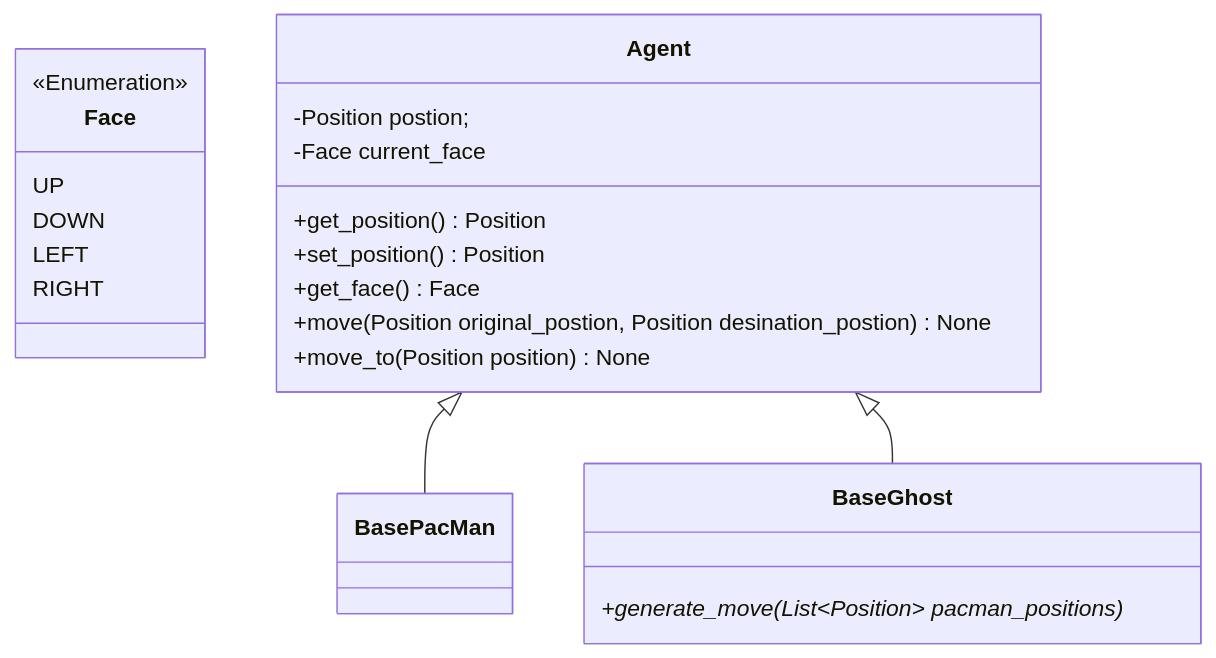
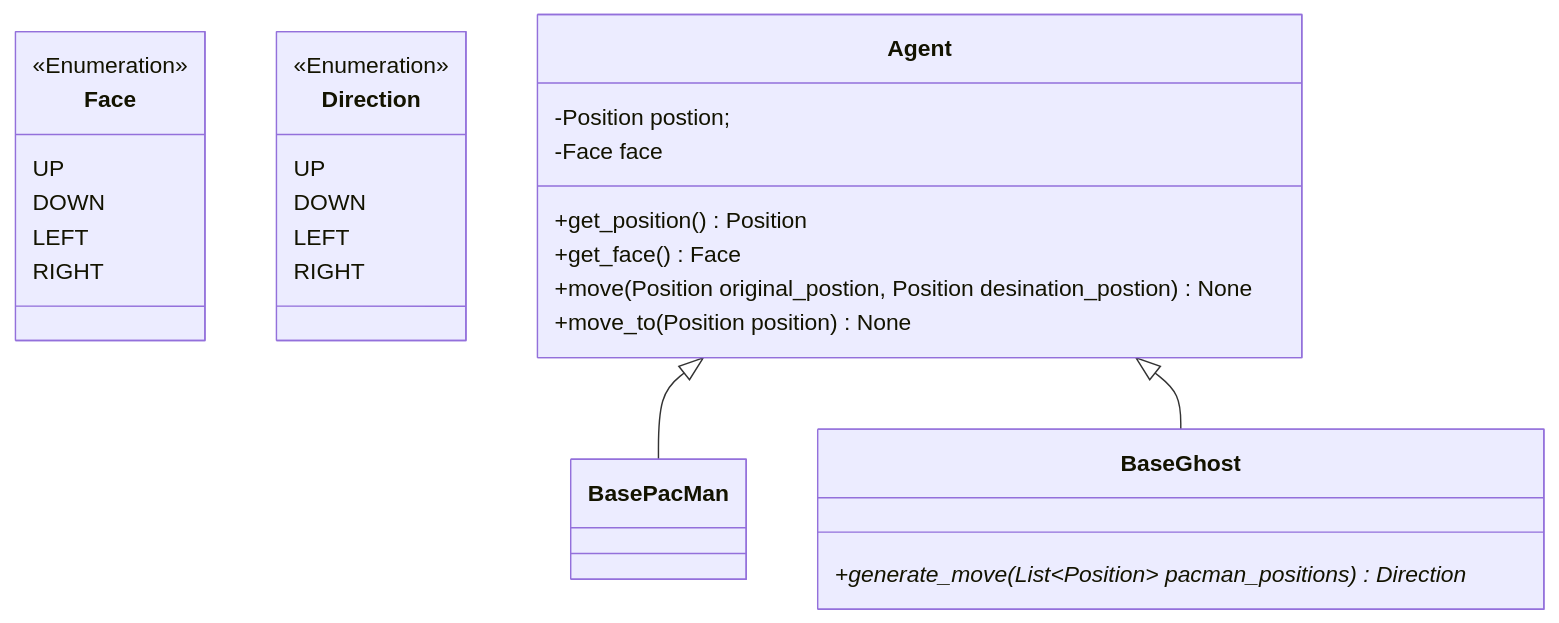
One commit to GrandTiger1729/pac-man changed the second of 5 diagrams in core/structure.md. Above: the diagram before and after it, drawn with Mermaid. The commit also changed other lines of this file and 4 other files, not shown here.

````diff
--- a/core/structure.md
+++ b/core/structure.md
@@ -21,34 +21,41 @@
 ```mermaid
 classDiagram
 
     class Face {
         UP
         DOWN
         LEFT
         RIGHT
     }
     <<Enumeration>> Face
 
+    class Direction {
+        UP
+        DOWN
+        LEFT
+        RIGHT
+    }
+    <<Enumeration>> Direction
+
     class Agent {
         -Position postion;
-        -Face current_face
+        -Face face
         
         +get_position() Position
-        +set_position() Position
         +get_face() Face
 
         +move(Position original_postion, Position desination_postion) None
         +move_to(Position position) None
     }
 
     class BasePacMan {
 
     }
     class BaseGhost {
-        +generate_move(List~Position~ pacman_positions)*
+        +generate_move(List~Position~ pacman_positions)* Direction
     }
 
     Agent <|-- BasePacMan
     Agent <|-- BaseGhost
 
 ```
````
